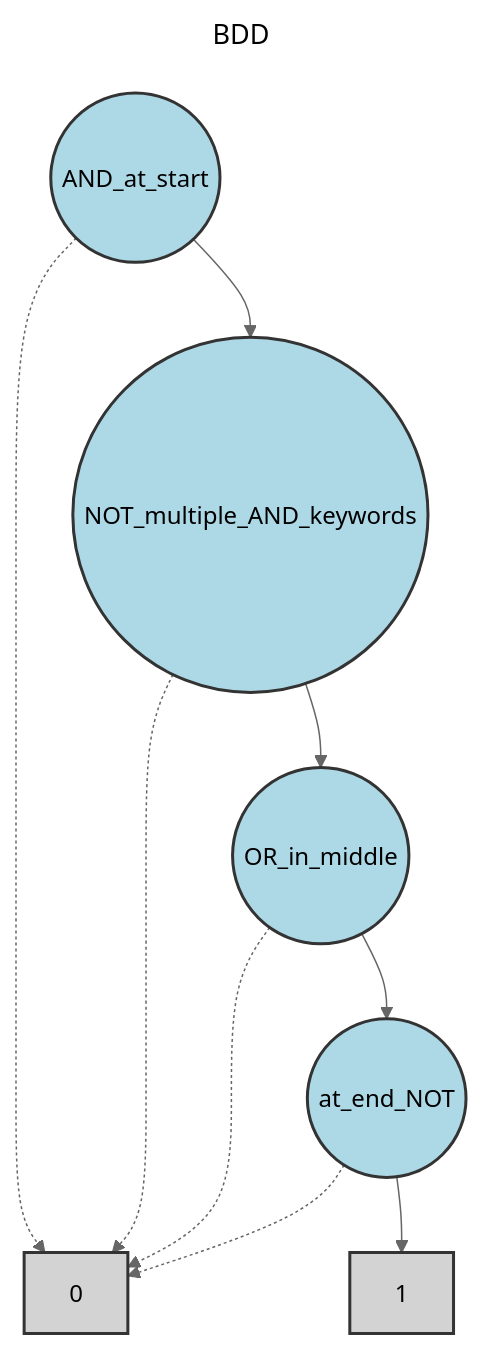
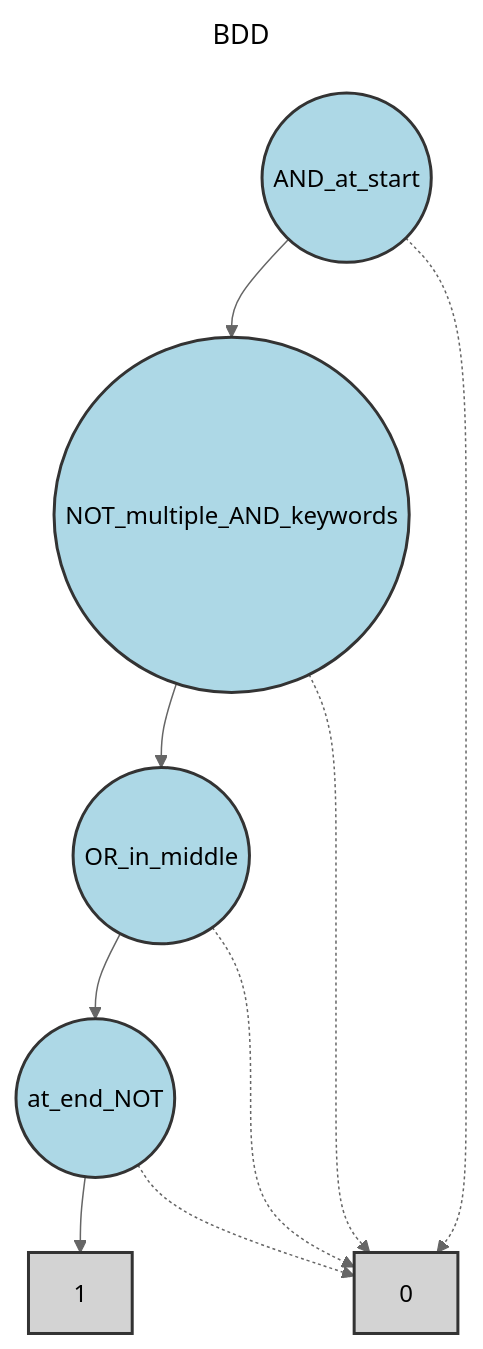
One commit to Alan-Jowett/bdd_test changed the second of 2 diagrams in test_expressions/reference_output/operator_keywords_in_vars_analysis.md. Above: the diagram before and after it, drawn with Mermaid (neutral theme). The commit also changed other lines of this file and 150 other files, not shown here.

First line of the commit message:
More dag graph cleanup (#65)

````diff
--- a/test_expressions/reference_output/operator_keywords_in_vars_analysis.md
+++ b/test_expressions/reference_output/operator_keywords_in_vars_analysis.md
@@ -52,31 +52,31 @@
 ```mermaid
 ---
 title: BDD
 ---
 flowchart TD
     N0["0"]
     N1["1"]
     N2(("at_end_NOT"))
     N3(("OR_in_middle"))
     N4(("NOT_multiple_AND_keywords"))
     N5(("AND_at_start"))
 
+    N2 --> N1
     N2 -.-> N0
-    N2 --> N1
+    N3 --> N2
     N3 -.-> N0
-    N3 --> N2
+    N4 --> N3
     N4 -.-> N0
-    N4 --> N3
+    N5 --> N4
     N5 -.-> N0
-    N5 --> N4
 
     class N0 terminal
     class N1 terminal
     class N2 bddVariable
     class N3 bddVariable
     class N4 bddVariable
     class N5 bddVariable
 
     classDef bddVariable fill:lightblue,stroke:#333,stroke-width:2px,color:#000
     classDef terminal fill:lightgray,stroke:#333,stroke-width:2px,color:#000
 ```
````
